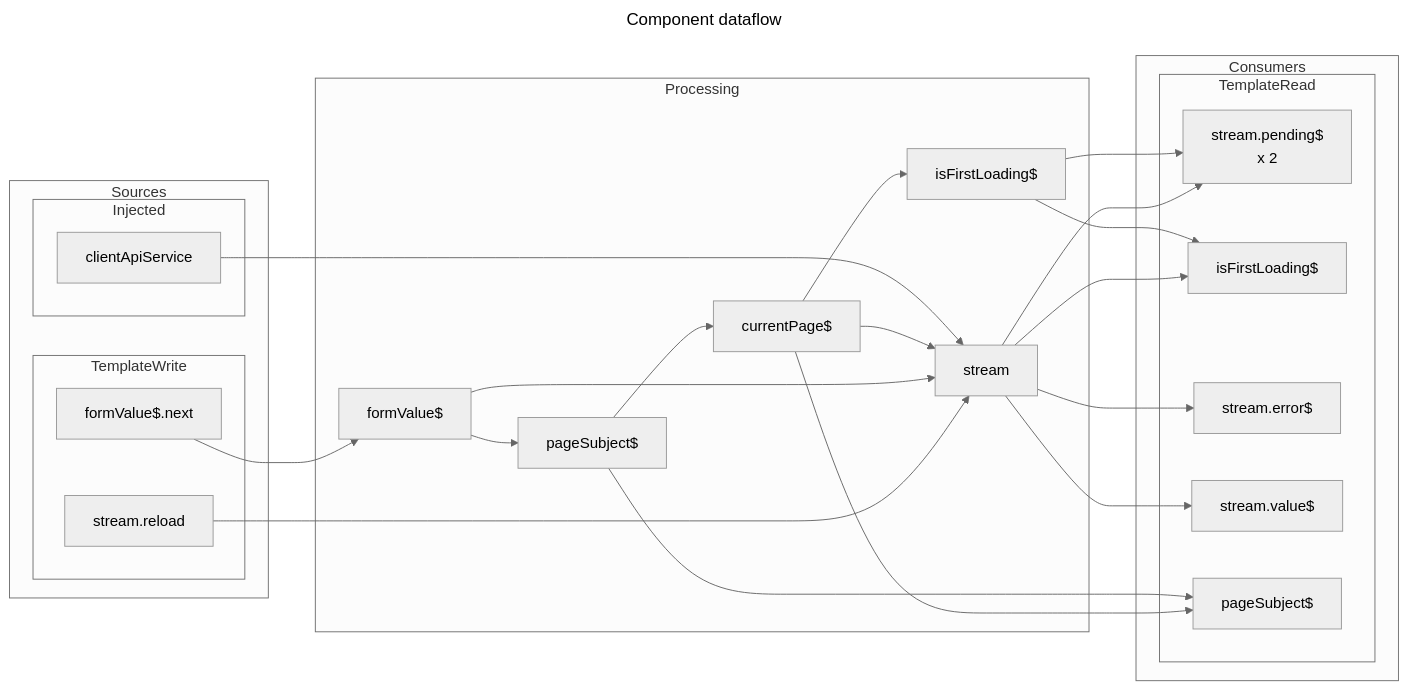
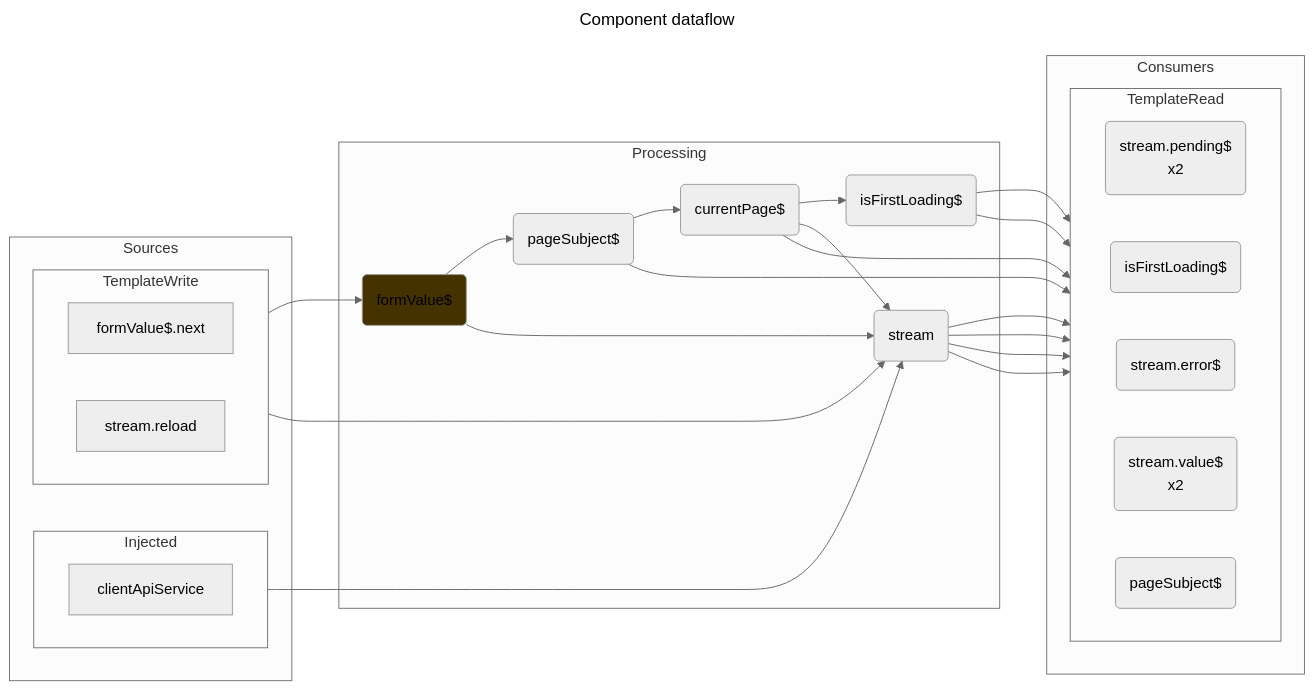
The first of 2 diagrams in src/app/components/xprerimental/infinite-scroll/infinite-scroll.component.dataflow.md (earthdmitriy/rx-evo), drawn with Mermaid (neutral theme) before and after one commit. The commit also changed other lines of this file and 39 other files, not shown here.

Commit message:
updated dataflow diagrams

````diff
--- a/src/app/components/xprerimental/infinite-scroll/infinite-scroll.component.dataflow.md
+++ b/src/app/components/xprerimental/infinite-scroll/infinite-scroll.component.dataflow.md
@@ -3,77 +3,82 @@
 ```mermaid
 ---
 title: Component dataflow
 ---
 graph LR
     subgraph Sources
         subgraph Injected
+            direction LR
             Source_clientApiService["
                 clientApiService
             "]
         end
         subgraph TemplateWrite
+            direction LR
             Source_formValue$.next["
                 formValue$.next
             "]
             Source_stream.reload["
                 stream.reload
             "]
         end
     end
     subgraph Processing
-        Processing_formValue$["
+        Processing_formValue$("
             formValue$
-        "]
-        Processing_pageSubject$["
+        ")
+        Processing_pageSubject$("
             pageSubject$
-        "]
-        Processing_currentPage$["
+        ")
+        Processing_currentPage$("
             currentPage$
-        "]
-        Processing_isFirstLoading$["
+        ")
+        Processing_isFirstLoading$("
             isFirstLoading$
-        "]
-        Processing_stream["
+        ")
+        Processing_stream("
             stream
-        "]
+        ")
     end
     subgraph Consumers
         subgraph TemplateRead
-            Consumer_stream.pending$["
+            direction LR
+            Consumer_stream.pending$("
                 stream.pending$
-x            2
-            "]
-            Consumer_isFirstLoading$["
+                x2
+            ")
+            Consumer_isFirstLoading$("
                 isFirstLoading$
-            "]
-            Consumer_stream.error$["
+            ")
+            Consumer_stream.error$("
                 stream.error$
-            "]
-            Consumer_stream.value$["
+            ")
+            Consumer_stream.value$("
                 stream.value$
-            "]
-            Consumer_pageSubject$["
+                x2
+            ")
+            Consumer_pageSubject$("
                 pageSubject$
-            "]
+            ")
         end
     end
     Sources ~~~ Processing
     Processing ~~~ Consumers
     Source_formValue$.next --> Processing_formValue$
     Source_stream.reload --> Processing_stream
     Processing_formValue$ --> Processing_pageSubject$
     Processing_pageSubject$ --> Processing_currentPage$
     Processing_currentPage$ --> Consumer_pageSubject$
     Processing_currentPage$ --> Processing_isFirstLoading$
     Processing_formValue$ --> Processing_stream
     Processing_currentPage$ --> Processing_stream
     Source_clientApiService --> Processing_stream
     Processing_stream --> Consumer_stream.pending$
     Processing_isFirstLoading$ --> Consumer_stream.pending$
     Processing_stream --> Consumer_isFirstLoading$
     Processing_isFirstLoading$ --> Consumer_isFirstLoading$
     Processing_stream --> Consumer_stream.error$
     Processing_stream --> Consumer_stream.value$
     Processing_pageSubject$ --> Consumer_pageSubject$
+    style Processing_formValue$ fill:#430
 
 ```
````
